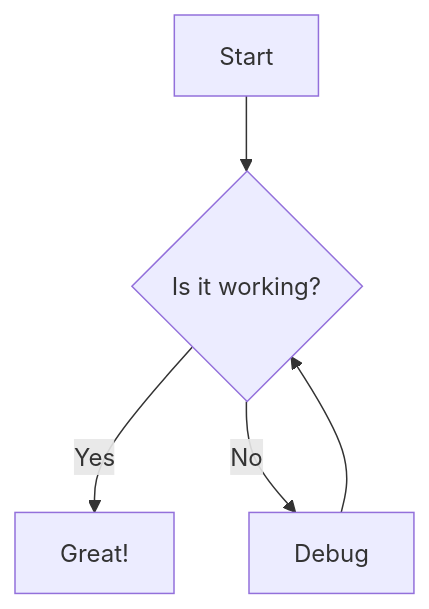
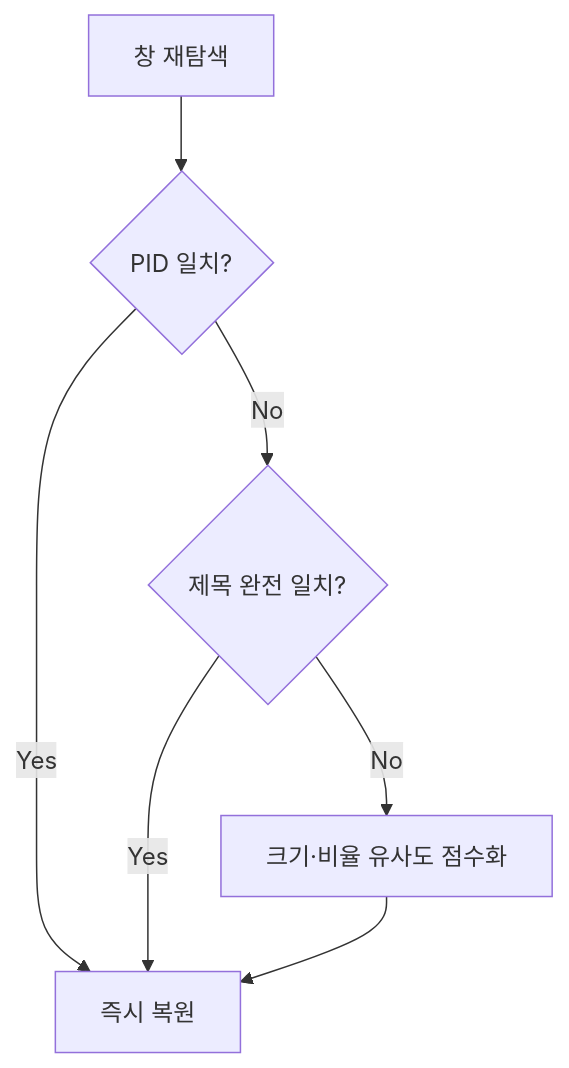
The first of 3 diagrams in Projects/m2Slide_single_mode/m2SlideStyle.md (Finfra/m2slide), drawn with Mermaid before and after one commit. The commit also changed other lines of this file and 9 other files, not shown here.

````diff
--- a/Projects/m2Slide_single_mode/m2SlideStyle.md
+++ b/Projects/m2Slide_single_mode/m2SlideStyle.md
@@ -93,7 +100,9 @@
 ```mermaid
 graph TD
-    A[Start] --> B{Is it working?}
-    B -- Yes --> C[Great!]
-    B -- No --> D[Debug]
-    D --> B
+    A[창 재탐색] --> B{PID 일치?}
+    B -- Yes --> E[즉시 복원]
+    B -- No --> C{제목 완전 일치?}
+    C -- Yes --> E
+    C -- No --> D[크기·비율 유사도 점수화]
+    D --> E
 ```
````
